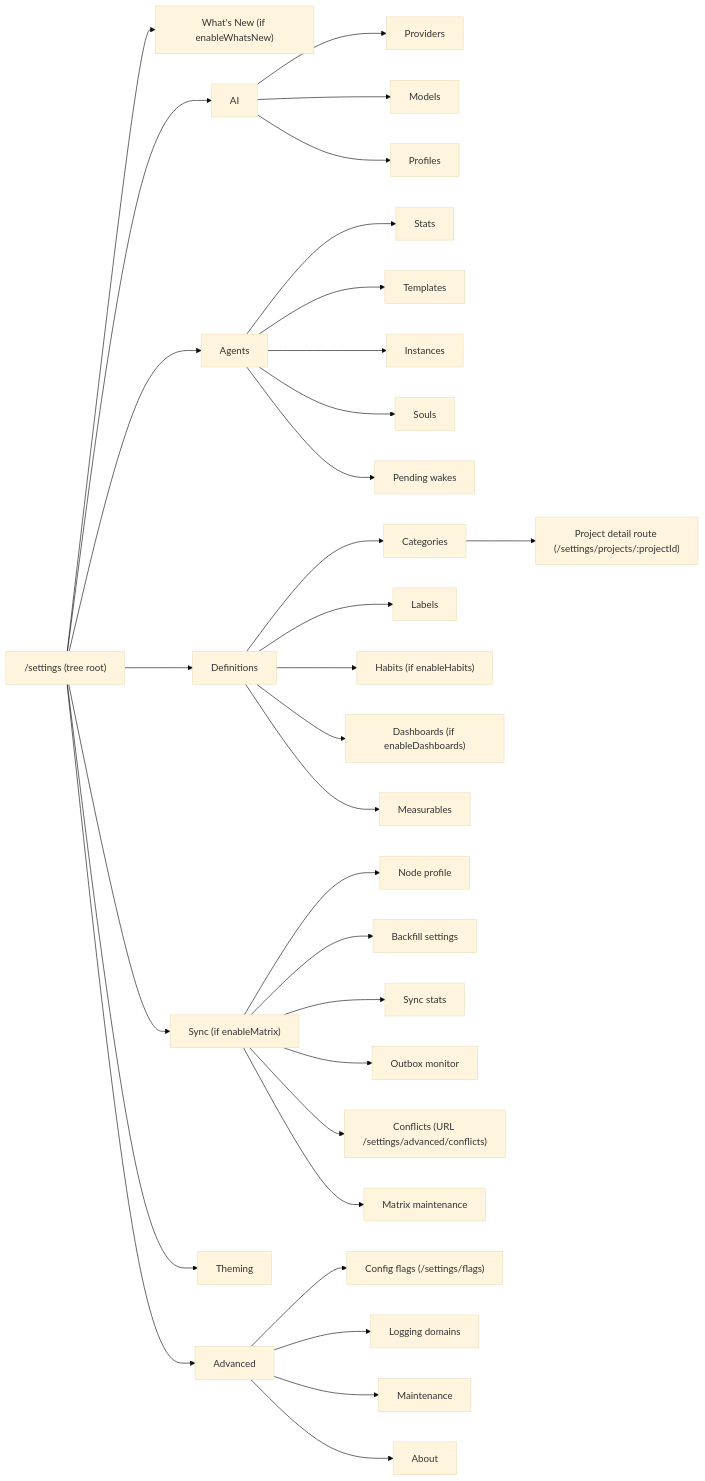
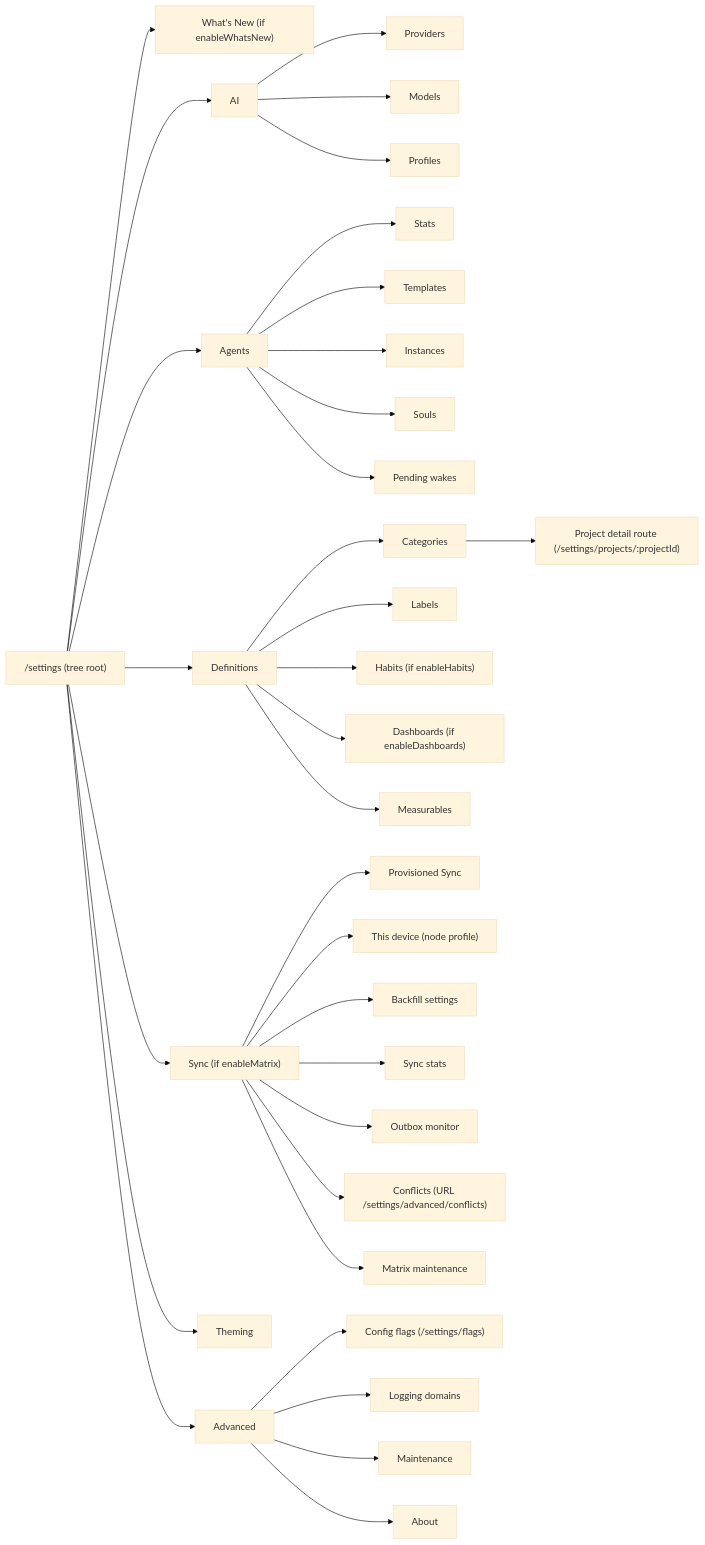
The fourth of 6 diagrams in lib/features/settings/README.md (matthiasn/lotti), drawn with Mermaid (base theme) before and after one commit. The commit also changed other lines of this file and 23 other files, not shown here.

````diff
--- a/lib/features/settings/README.md
+++ b/lib/features/settings/README.md
@@ -233,38 +236,39 @@
 ```mermaid
 flowchart LR
   Landing["/settings (tree root)"] --> WhatsNew["What's New (if enableWhatsNew)"]
   Landing --> AI["AI"]
   Landing --> Agents["Agents"]
   Landing --> Sync["Sync (if enableMatrix)"]
   Landing --> Definitions["Definitions"]
   Landing --> Theming["Theming"]
   Landing --> Advanced["Advanced"]
 
   AI --> Providers["Providers"]
   AI --> Models["Models"]
   AI --> Profiles["Profiles"]
 
   Agents --> AgentsStats["Stats"]
   Agents --> Templates["Templates"]
   Agents --> Instances["Instances"]
   Agents --> Souls["Souls"]
   Agents --> Pending["Pending wakes"]
 
   Definitions --> Categories["Categories"]
   Definitions --> Labels["Labels"]
   Definitions --> Habits["Habits (if enableHabits)"]
   Definitions --> Dashboards["Dashboards (if enableDashboards)"]
   Definitions --> Measurables["Measurables"]
 
   Categories --> Projects["Project detail route (/settings/projects/:projectId)"]
-  Sync --> NodeProfile["Node profile"]
+  Sync --> Provisioned["Provisioned Sync"]
+  Sync --> NodeProfile["This device (node profile)"]
   Sync --> Backfill["Backfill settings"]
   Sync --> Stats["Sync stats"]
   Sync --> Outbox["Outbox monitor"]
   Sync --> Conflicts["Conflicts (URL /settings/advanced/conflicts)"]
   Sync --> MatrixMaint["Matrix maintenance"]
   Advanced --> Flags["Config flags (/settings/flags)"]
   Advanced --> Logging["Logging domains"]
   Advanced --> Maint["Maintenance"]
   Advanced --> About["About"]
 ```
````
